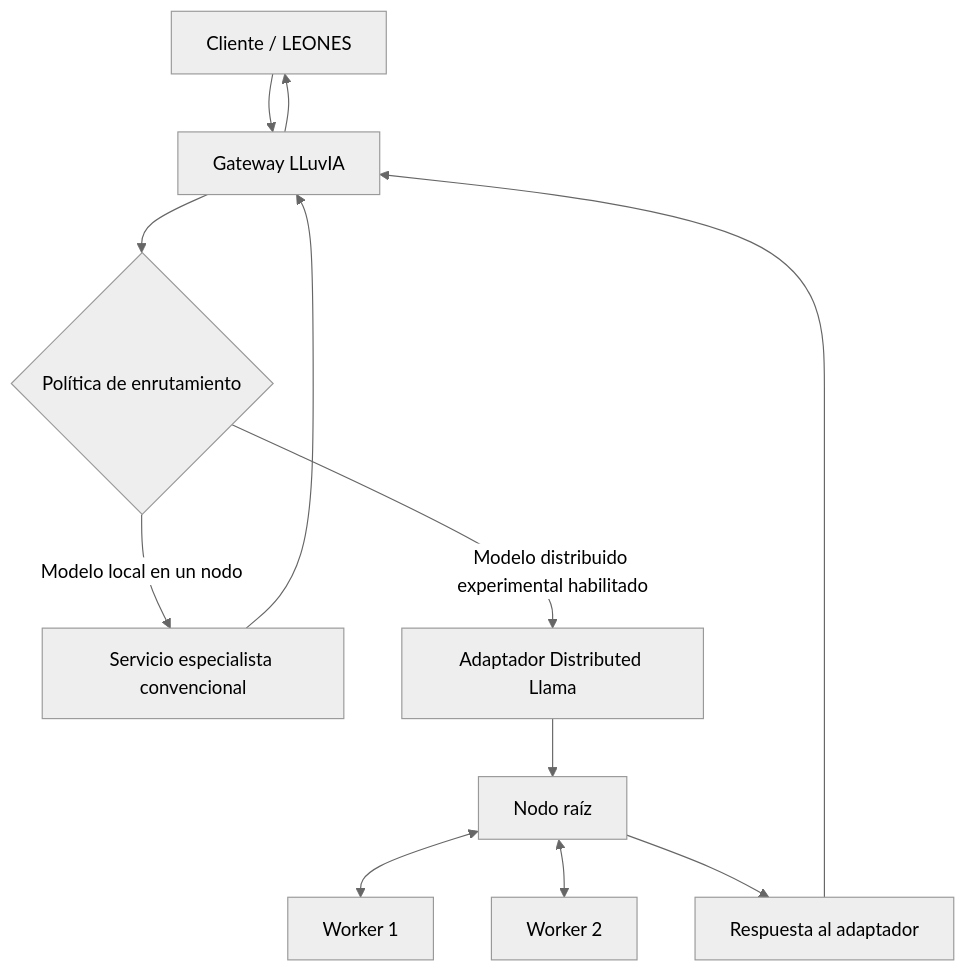
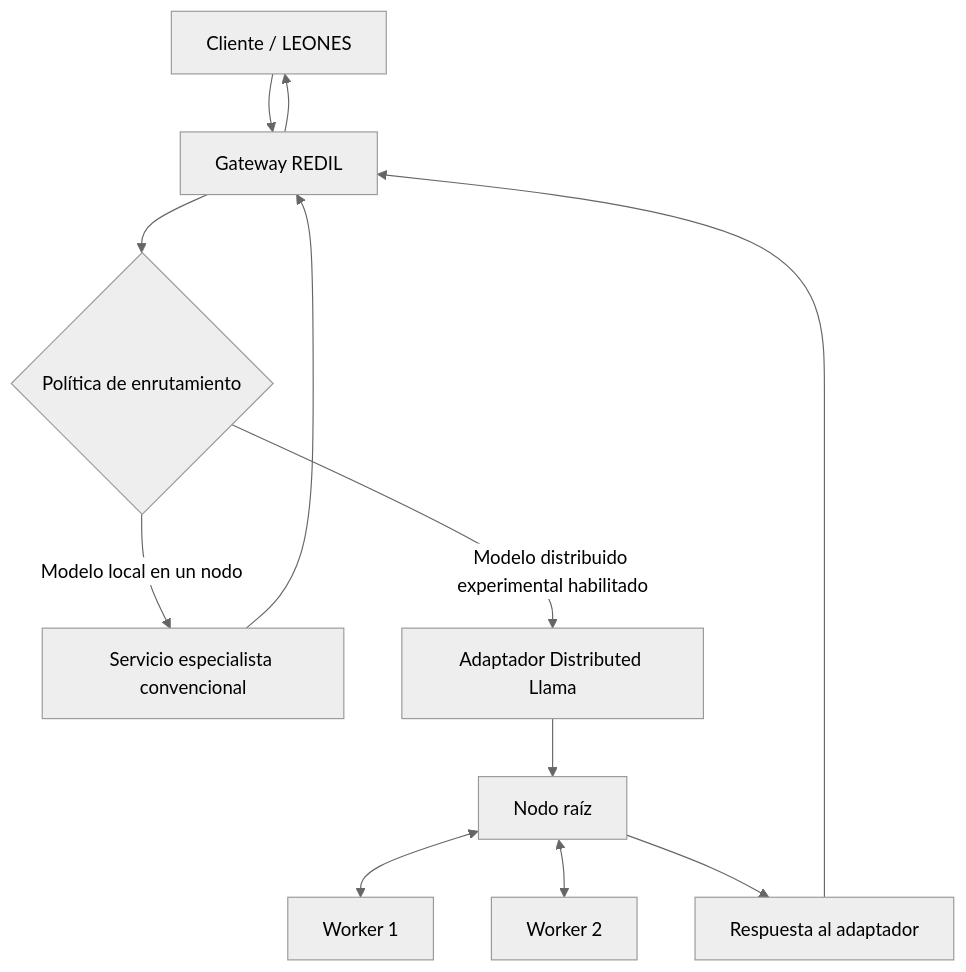
The diagram in docs/subprojects/LLuvIA-IA-distribuida/DISTRIBUTED-LLAMA-EXPERIMENTAL.md (robertosantosx2/LEONES), drawn with Mermaid (neutral theme) before and after one commit. The commit also changed other lines of this file and 3 other files, not shown here.

First line of the commit message:
Rename LLuvIA to REDIL and document the acronym (#126)

````diff
--- a/docs/subprojects/LLuvIA-IA-distribuida/DISTRIBUTED-LLAMA-EXPERIMENTAL.md
+++ b/docs/subprojects/LLuvIA-IA-distribuida/DISTRIBUTED-LLAMA-EXPERIMENTAL.md
@@ -27,14 +27,14 @@
 ```mermaid
 flowchart TD
-    U[Cliente / LEONES] --> G[Gateway LLuvIA]
+    U[Cliente / LEONES] --> G[Gateway REDIL]
     G --> P{Política de enrutamiento}
     P -->|Modelo local en un nodo| S[Servicio especialista convencional]
     P -->|Modelo distribuido experimental habilitado| A[Adaptador Distributed Llama]
     A --> R[Nodo raíz]
     R <--> W1[Worker 1]
     R <--> W2[Worker 2]
     R --> API[Respuesta al adaptador]
     API --> G
     G --> U
     S --> G
 ```
````
